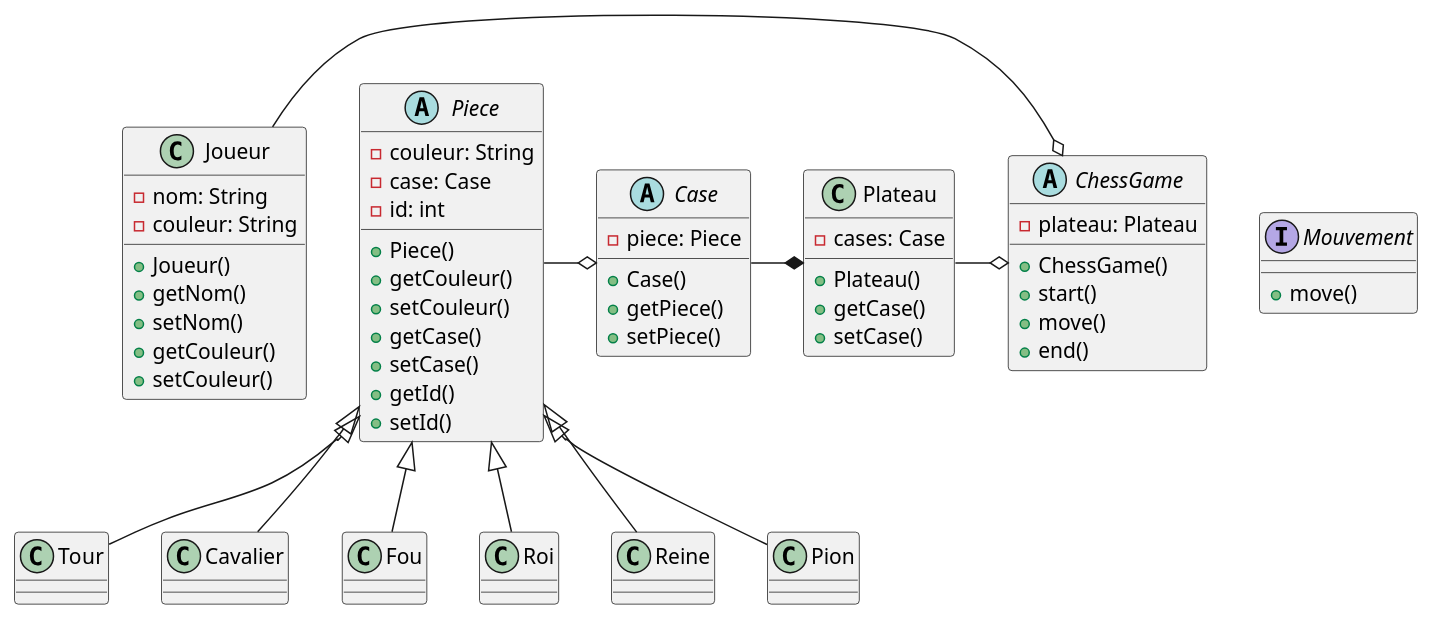
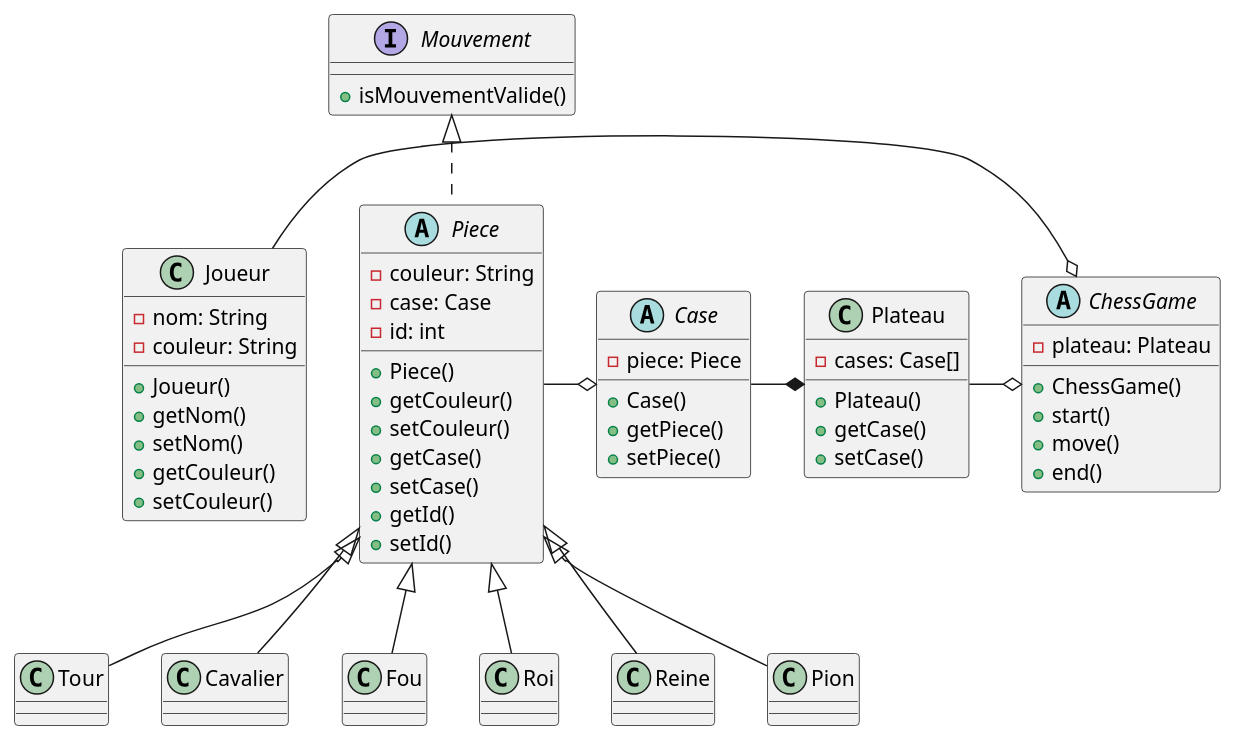
Before and after one commit to CPE-LYON-APICOT/projet-chessconcurrence: the diagram in DiagrammeEchec.puml, drawn with PlantUML. The commit also changed 17 other files, not shown here.

```diff
--- a/DiagrammeEchec.puml
+++ b/DiagrammeEchec.puml
@@ -1,86 +1,86 @@
 @startuml
 
 abstract class ChessGame {
     -plateau: Plateau
     +ChessGame()
     +start()
     +move()
     +end()
 }
 
 class Joueur {
     -nom: String
     -couleur: String
     +Joueur()
     +getNom()
     +setNom()
     +getCouleur()
     +setCouleur()
 }
 
 
 
-class Plateau {
-    -cases: Case
+class Plateau{
+    -cases: Case[]
     +Plateau()
     +getCase()
     +setCase()
 
 }
 
 
 
 abstract class Case {
     -piece: Piece
     +Case()
     +getPiece()
     +setPiece()
 }
 
-
-abstract class Piece {
+abstract class Piece implements Mouvement {
     -couleur: String
     -case: Case
     -id: int
     +Piece()
     +getCouleur()
     +setCouleur()
     +getCase()
     +setCase()
     +getId()
     +setId()
 }
 
 class Tour extends Piece {
 
 }
 
 class Cavalier extends Piece {
 
 }
 
 class Fou extends Piece {
 
 }
 
 class Roi extends Piece {
 
 }
 
 class Reine extends Piece {
 
 }
 
 class Pion extends Piece {
 
 }
 
 Interface Mouvement {
-    +move()
+    +isMouvementValide()
 }
+
 
 Joueur -o ChessGame
 Plateau -o ChessGame
 Piece -o Case
 Case -* Plateau
 @enduml
```
